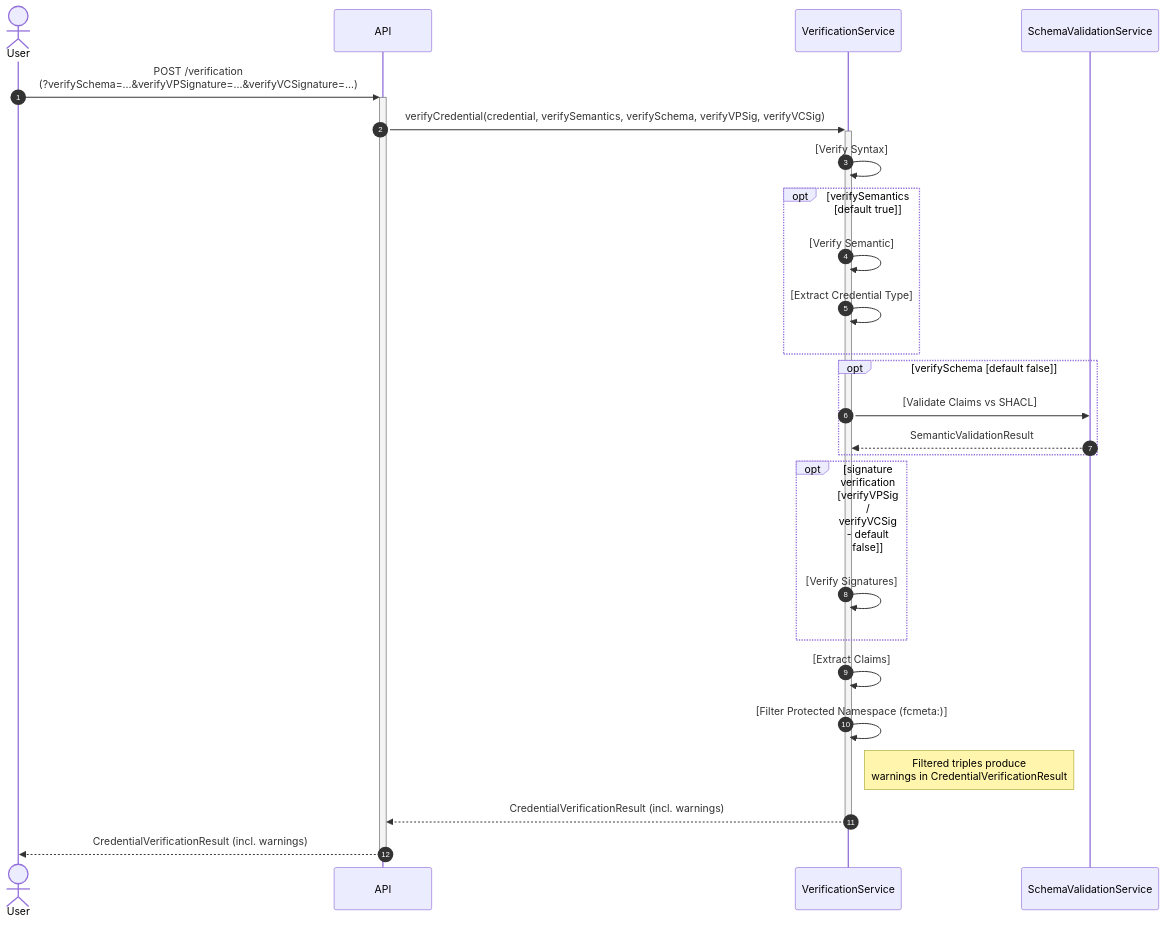
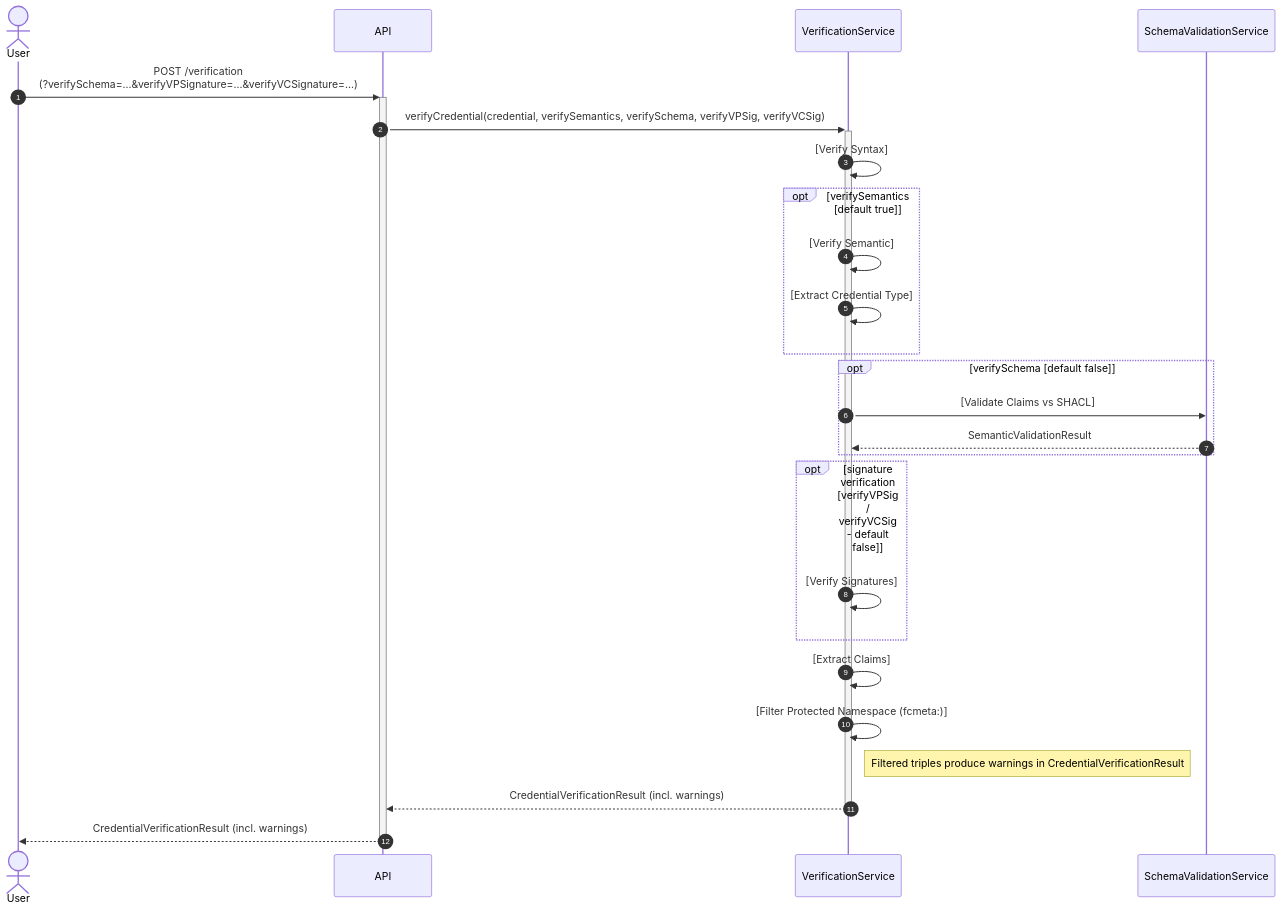
Diagram 39 of 44 in federated-catalogue/src/docs/architecture/chapters/06_runtime_view.adoc (stevenschwenke/federated-catalogue-docs), drawn with Mermaid before and after one commit. The commit also changed other lines of this file, not shown here.

Commit message:
Fix Mermaid CLI setup

```diff
--- a/federated-catalogue/src/docs/architecture/chapters/06_runtime_view.adoc
+++ b/federated-catalogue/src/docs/architecture/chapters/06_runtime_view.adoc
@@ -1203,27 +1203,27 @@
 [mermaid, width=2000]
 ....
 sequenceDiagram
     autonumber
     actor User
     participant API
     participant VerificationService
     User ->> + API:POST /verification<br>(?verifySchema=...&verifyVPSignature=...&verifyVCSignature=...)
     API ->> + VerificationService:verifyCredential(credential, verifySemantics, verifySchema, verifyVPSig, verifyVCSig)
     VerificationService ->> VerificationService: [Verify Syntax]
     opt verifySemantics [default true]
         VerificationService ->> VerificationService: [Verify Semantic]
         VerificationService ->> VerificationService: [Extract Credential Type]
     end
     opt verifySchema [default false]
         VerificationService ->> SchemaValidationService: [Validate Claims vs SHACL]
         SchemaValidationService -->> VerificationService: SemanticValidationResult
     end
     opt signature verification [verifyVPSig / verifyVCSig - default false]
         VerificationService ->> VerificationService: [Verify Signatures]
     end
     VerificationService ->> VerificationService:[Extract Claims]
     VerificationService ->> VerificationService:[Filter Protected Namespace (fcmeta:)]
-    Note right of VerificationService: Filtered triples produce<br/>warnings in CredentialVerificationResult
+    Note right of VerificationService: Filtered triples produce warnings in CredentialVerificationResult
     VerificationService -->> - API:CredentialVerificationResult (incl. warnings)
     API -->> -User: CredentialVerificationResult (incl. warnings)
 ....
```
